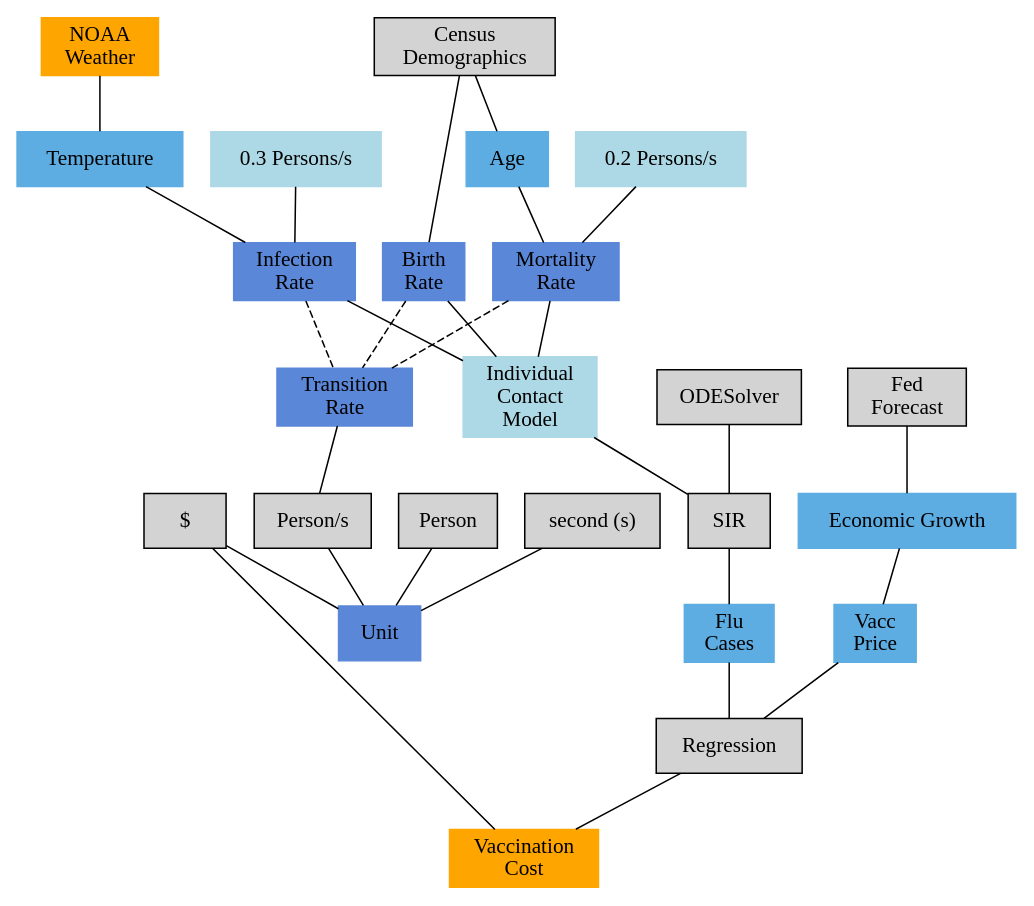
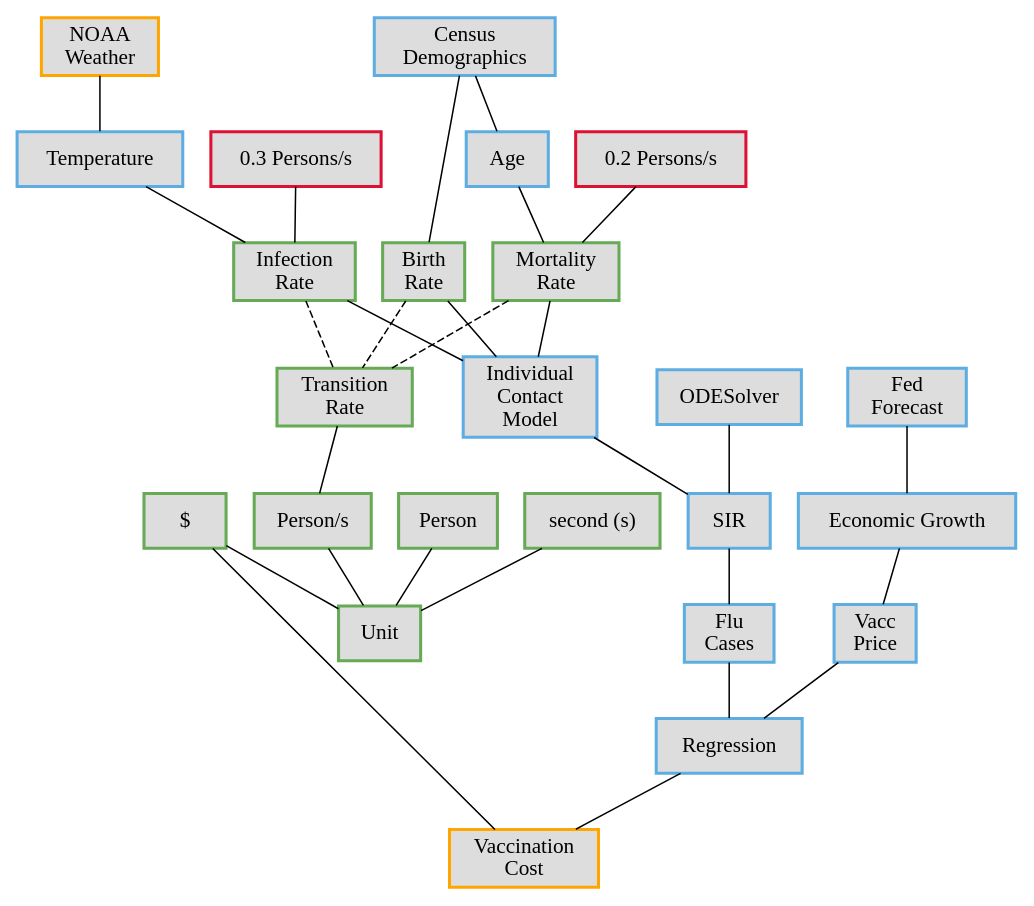
Before and after one commit to jpfairbanks/SemanticModels.jl: the diagram in doc/src/img/knowledge_reasoning.dot, drawn with Graphviz. The commit also changed 6 other files, not shown here.

```diff
--- a/doc/src/img/knowledge_reasoning.dot
+++ b/doc/src/img/knowledge_reasoning.dot
@@ -1,73 +1,74 @@
 digraph G {
   splines=false
   #fontsize=10
   #edge[weight=.2]
   #ratio=0.25
   #scale="10:1"
   #size=5,2
   pack="true"
   #rankdir="LR"
   edge [dir="none"]
-  node [shape="record", style="filled"]
+  node [shape="record", style="filled", fillcolor="#dddddd", penwidth=2.0]
   ind -> epi
   inf-> ind
   thirty -> inf
   twenty -> mort
   mort -> ind
   mort -> rate [style="dashed"]
   inf -> rate [style="dashed"]
   birth -> rate [style="dashed"]
   birth -> ind
 
   rate -> personper
   person   -> unit
   personper-> unit
   second   -> unit
   dollars -> unit
 
-  fed     [label="Fed\nForecast"]
-  demo    [label="Census\nDemographics"]
   weather [label="NOAA\nWeather", color="orange"]
   cost    [label="Vaccination\nCost", color="orange"]
 
+  node [color="#5DADE2"]
+  fed  [label="Fed\nForecast"]
+  demo [label="Census\nDemographics"]
+  epi  [label="SIR", color="#5DADE2"]
+  ode  [label="ODESolver"]
 
-  epi [label="SIR", pos="1,1"]
-  ode [label="ODESolver"]
 
-  rate [label="{Transition\nRate}", color="#5a87d7"]
-  unit [label="Unit", color="#5a87d7"]
-  personper [label="Person/s", color=""]
-  person [label="Person", color=""]
-  second [label="second (s)", color=""]
-  inf [label="Infection\nRate", color="#5a87d7"]
-  mort [label="Mortality\nRate", color="#5a87d7"]
-  node [color="lightblue"]
-  ind [label="Individual\nContact\nModel",color="lightblue", pos="0,1"]
-  birth [label="Birth\nRate",color="#5a87d7"]
-  twenty [label="0.2 Persons/s", color="lightblue"]
-  thirty [label="0.3 Persons/s", color="lightblue"]
+  rate [label="{Transition\nRate}", color="#66AA55"]
+  unit [label="Unit", color="#66AA55"]
+  personper [label="Person/s", color="#66AA55"]
+  person [label="Person", color="#66AA55"]
+  second [label="second (s)", color="#66AA55"]
+  dollars [label="$", color="#66AA55"]
 
+  inf [label="Infection\nRate", color="#66AA55"]
+  mort [label="Mortality\nRate", color="#66AA55"]
+  birth [label="Birth\nRate",color="#66AA55"]
+  twenty [label="0.2 Persons/s", color="#DD1133"]
+  thirty [label="0.3 Persons/s", color="#DD1133"]
+
+  ind [label="Individual\nContact\nModel",color="#5DADE2", pos="0,1"]
   temp [label="Temperature", color="#5DADE2"]
   age  [label="Age", color="#5DADE2"]
   dGDP [label="Economic Growth", color="#5DADE2"]
   cases [label="Flu\nCases", color="#5DADE2"]
   prices [label="Vacc\nPrice", color="#5DADE2"]
-  dollars [label="$"]
 
   temp -> inf
   age -> mort
   demo -> birth
   dGDP -> prices
   epi -> cases
   prices -> regres
   cases  -> regres
 
   weather -> temp
   demo-> age
   fed -> dGDP
 
   ode -> epi
   regres -> cost
   dollars -> cost
-  regres [label="Regression",color=""]
+  regres [label="Regression"]
 }
```
